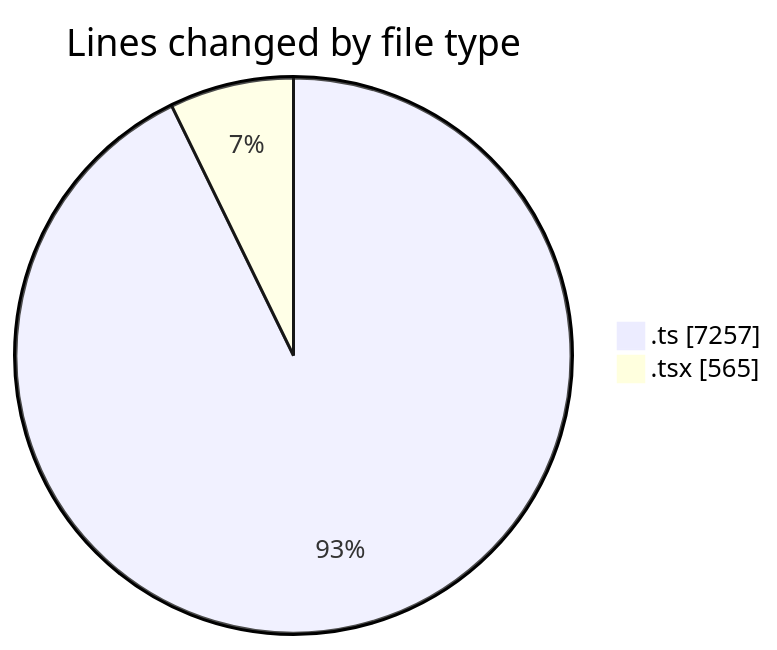
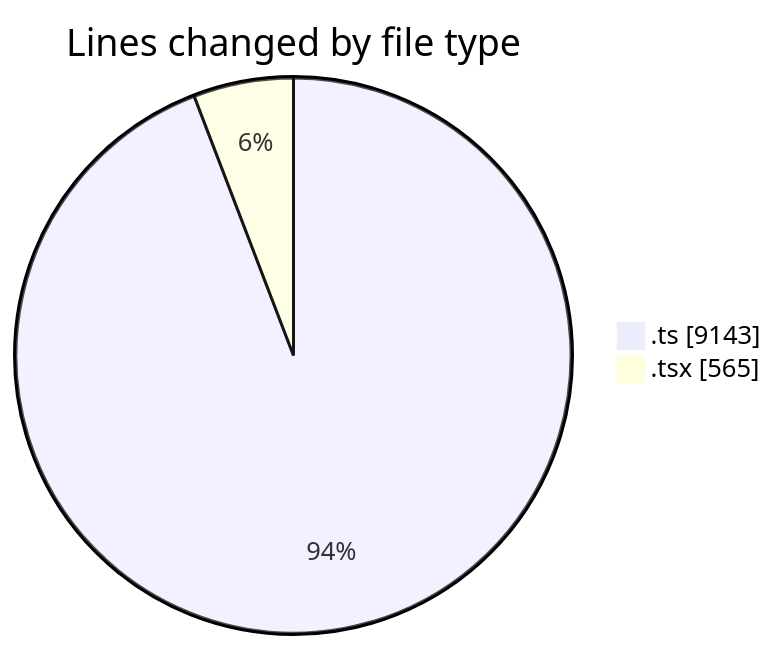
The first of 2 diagrams in 2025-06-23/cda/README.md (momahboobian/code-tracking), drawn with Mermaid before and after one commit. The commit also changed other lines of this file and 1 other file, not shown here.

````diff
--- a/2025-06-23/cda/README.md
+++ b/2025-06-23/cda/README.md
@@ -21,6 +22,6 @@
 ```mermaid
 pie showData
 title Lines changed by file type
-".ts" : 7257
+".ts" : 9143
 ".tsx" : 565
 ```
````
